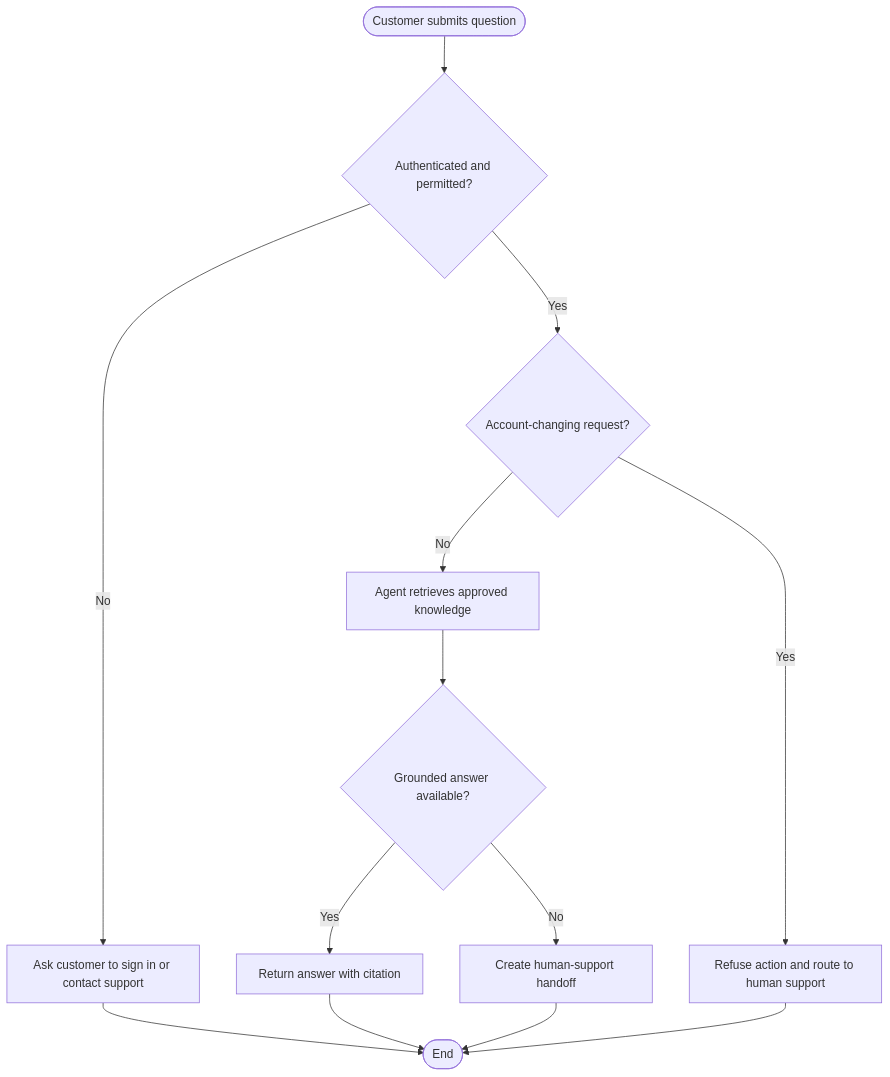
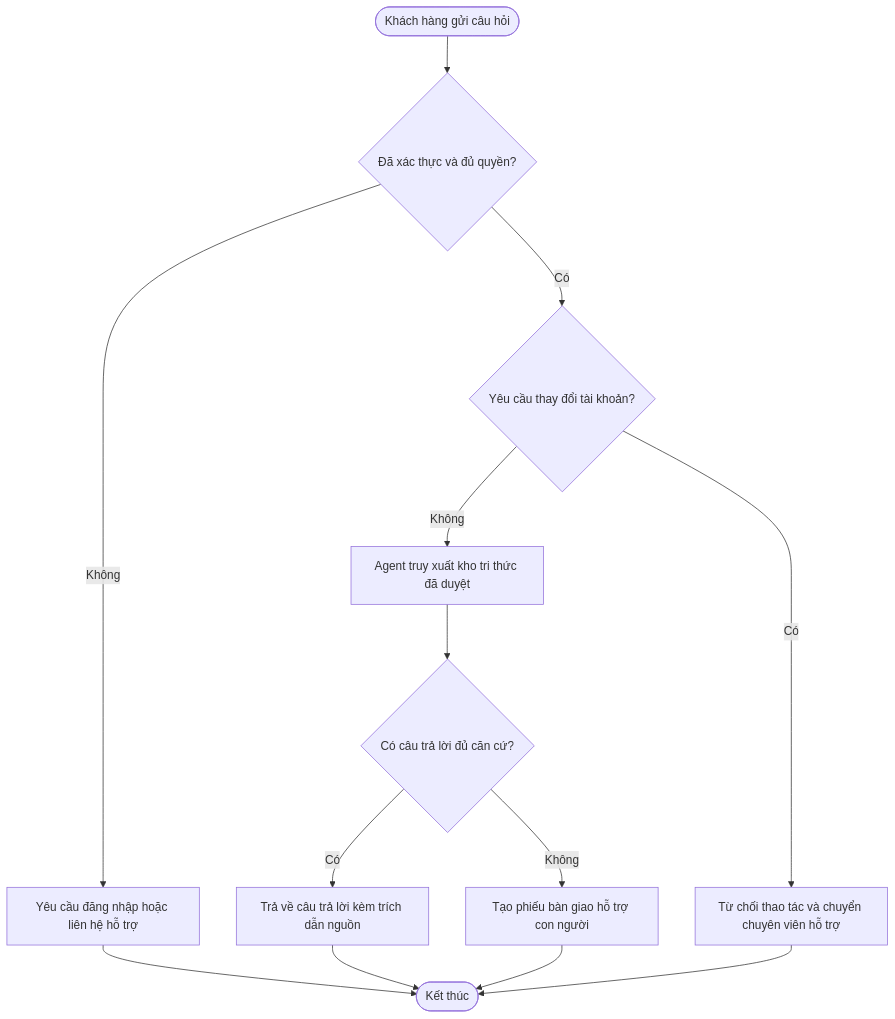
Before and after one commit to thinh1995/blueprint-ai: the diagram in docs/templates/examples/ai-support-agent/1. Product Spec.md, drawn with Mermaid. The commit also changed other lines of this file and 63 other files, not shown here.

````diff
--- a/docs/templates/examples/ai-support-agent/1. Product Spec.md
+++ b/docs/templates/examples/ai-support-agent/1. Product Spec.md
@@ -40,15 +41,15 @@
 ```mermaid
 flowchart TD
-  A([Customer submits question]) --> B{Authenticated and permitted?}
-  B -->|No| C[Ask customer to sign in or contact support]
-  B -->|Yes| D{Account-changing request?}
-  D -->|Yes| I[Refuse action and route to human support]
-  D -->|No| E[Agent retrieves approved knowledge]
-  E --> F{Grounded answer available?}
-  F -->|Yes| G[Return answer with citation]
-  F -->|No| H[Create human-support handoff]
-  C --> End([End])
+  A(["Khách hàng gửi câu hỏi"]) --> B{"Đã xác thực và đủ quyền?"}
+  B -->|Không| C["Yêu cầu đăng nhập hoặc liên hệ hỗ trợ"]
+  B -->|Có| D{"Yêu cầu thay đổi tài khoản?"}
+  D -->|Có| I["Từ chối thao tác và chuyển chuyên viên hỗ trợ"]
+  D -->|Không| E["Agent truy xuất kho tri thức đã duyệt"]
+  E --> F{"Có câu trả lời đủ căn cứ?"}
+  F -->|Có| G["Trả về câu trả lời kèm trích dẫn nguồn"]
+  F -->|Không| H["Tạo phiếu bàn giao hỗ trợ con người"]
+  C --> End(["Kết thúc"])
   G --> End
   H --> End
   I --> End
 ```
````
